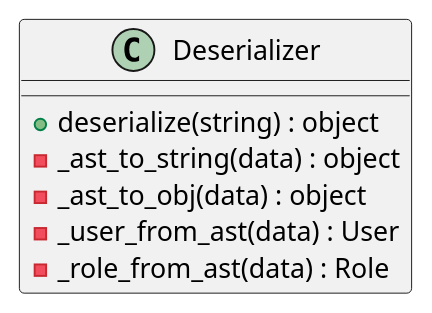
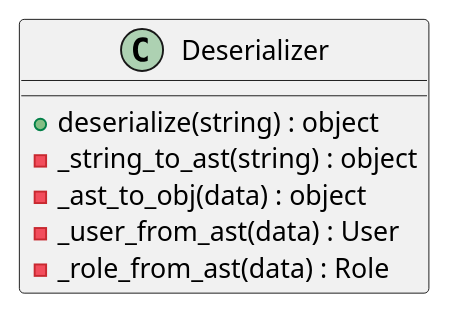
Before and after one commit to unibo-fc-isi-ds/slides-module2: the third of 6 diagrams in content/presentation/_index.md, drawn with PlantUML. The commit also changed other lines of this file, not shown here.

```diff
--- a/content/presentation/_index.md
+++ b/content/presentation/_index.md
@@ -749,9 +749,9 @@
 {{< plantuml >}}
 class Deserializer {
-    +deserialize(string) : object
-    -_ast_to_string(data) : object
-    -_ast_to_obj(data) : object
-    -_user_from_ast(data) : User
-    -_role_from_ast(data) : Role
+    + deserialize(string) : object
+    - _string_to_ast(string) : object
+    - _ast_to_obj(data) : object
+    - _user_from_ast(data) : User
+    - _role_from_ast(data) : Role
 }
 {{< /plantuml >}}
```
